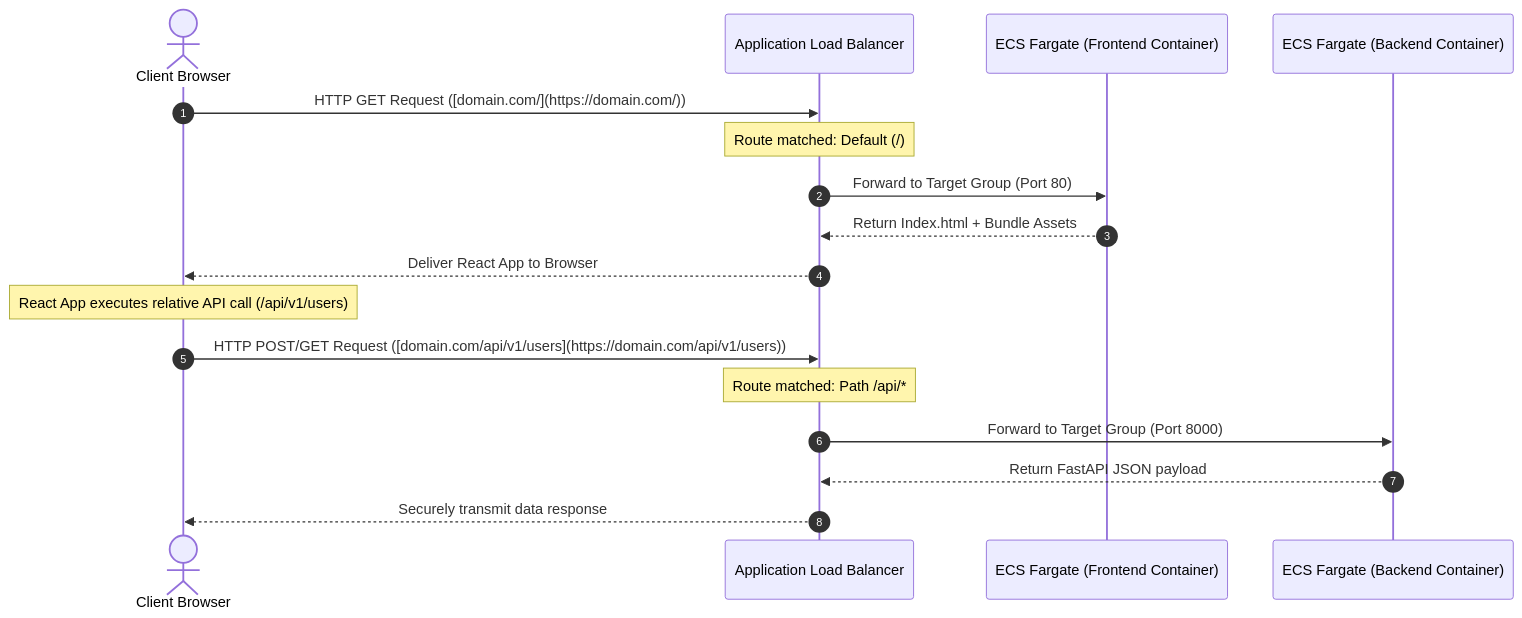
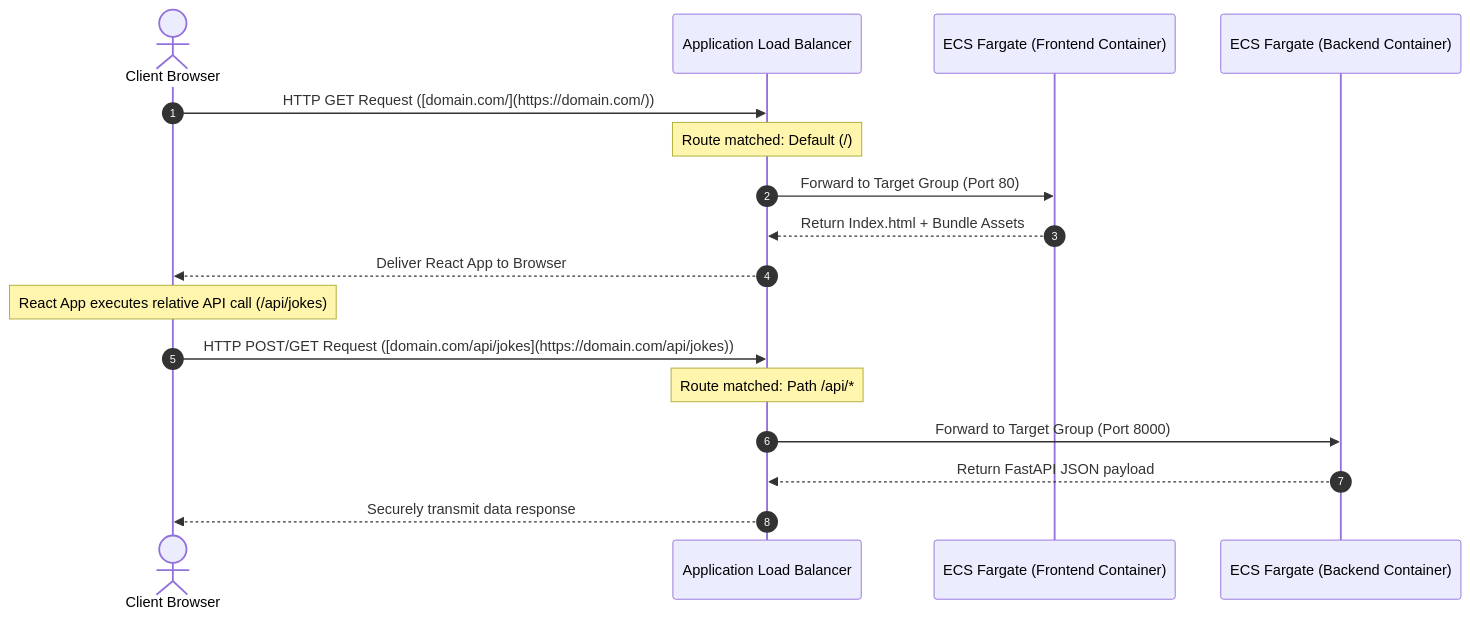
The first of 5 diagrams in docs/SYSTEM_TOPOLOGY.md (daniloamaralgomez/fastapi-reactjs-app), drawn with Mermaid before and after one commit. The commit also changed 10 other files, not shown here.

````diff
--- a/docs/SYSTEM_TOPOLOGY.md
+++ b/docs/SYSTEM_TOPOLOGY.md
@@ -11,21 +11,21 @@
 ```mermaid
 sequenceDiagram
     autonumber
     actor User as Client Browser
     participant ALB as Application Load Balancer
     participant FE as ECS Fargate (Frontend Container)
     participant BE as ECS Fargate (Backend Container)
 
     User->>ALB: HTTP GET Request ([domain.com/](https://domain.com/))
     Note over ALB: Route matched: Default (/)
     ALB->>FE: Forward to Target Group (Port 80)
     FE-->>ALB: Return Index.html + Bundle Assets
     ALB-->>User: Deliver React App to Browser
 
-    Note over User: React App executes relative API call (/api/v1/users)
-    User->>ALB: HTTP POST/GET Request ([domain.com/api/v1/users](https://domain.com/api/v1/users))
+    Note over User: React App executes relative API call (/api/jokes)
+    User->>ALB: HTTP POST/GET Request ([domain.com/api/jokes](https://domain.com/api/jokes))
     Note over ALB: Route matched: Path /api/*
     ALB->>BE: Forward to Target Group (Port 8000)
     BE-->>ALB: Return FastAPI JSON payload
     ALB-->>User: Securely transmit data response
 ```
````
